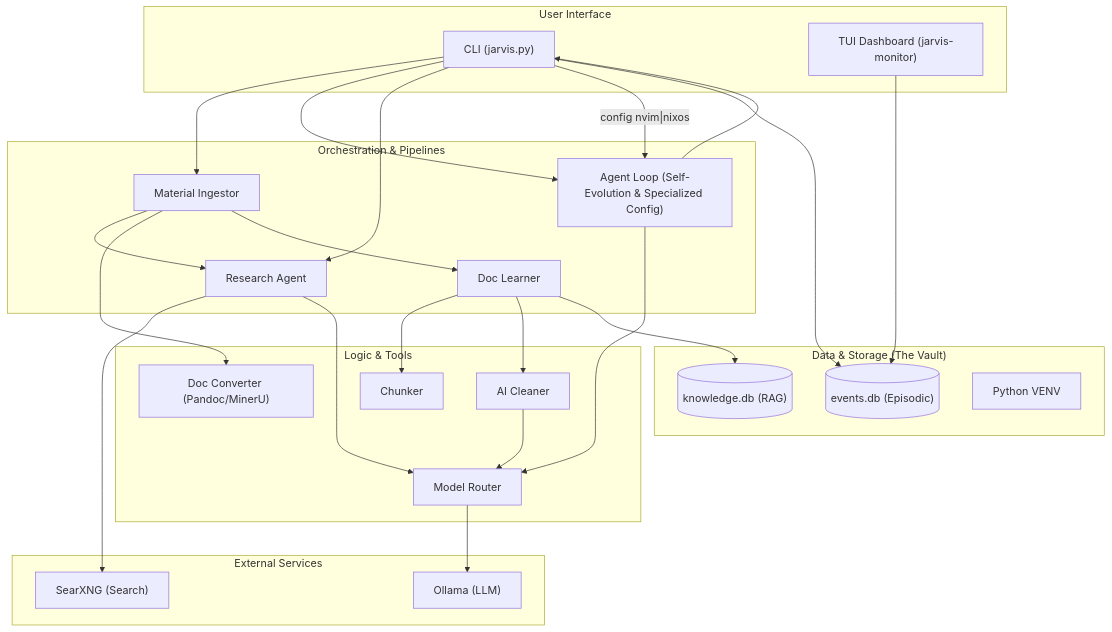
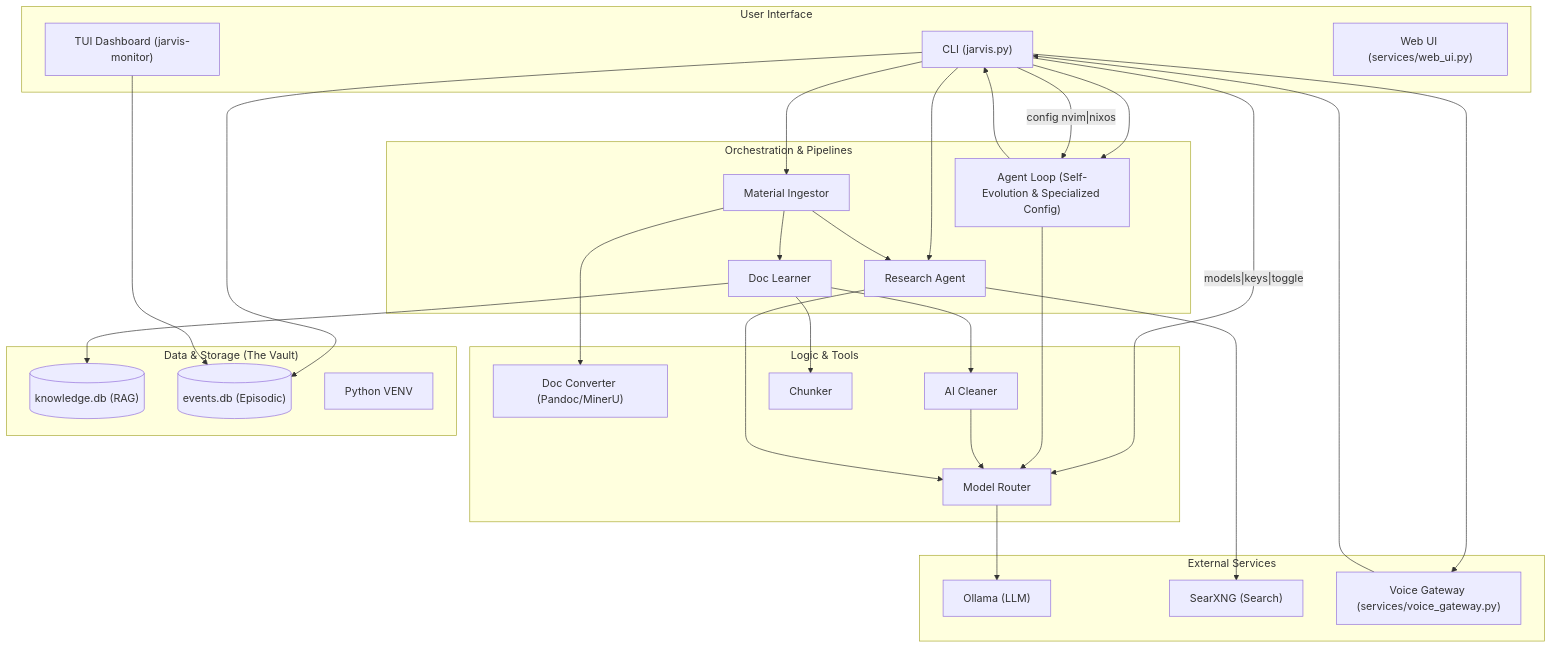
Before and after one commit to m-amir-gomaa/Jarvis: the diagram in docs/system_architecture.md, drawn with Mermaid. The commit also changed other lines of this file and 87 other files, not shown here.

````diff
--- a/docs/system_architecture.md
+++ b/docs/system_architecture.md
@@ -7,57 +7,62 @@
 ```mermaid
 graph TD
     subgraph "User Interface"
         CLI["CLI (jarvis.py)"]
         TUI["TUI Dashboard (jarvis-monitor)"]
+        WEB["Web UI (services/web_ui.py)"]
     end
 
     subgraph "Orchestration & Pipelines"
         MI["Material Ingestor"]
         RA["Research Agent"]
         DL["Doc Learner"]
         AL["Agent Loop (Self-Evolution & Specialized Config)"]
     end
 
     subgraph "Logic & Tools"
         CONV["Doc Converter (Pandoc/MinerU)"]
         CLEAN["AI Cleaner"]
         CHUNK["Chunker"]
         ROUTER["Model Router"]
     end
 
     subgraph "Data & Storage (The Vault)"
         KDB[("knowledge.db (RAG)")]
         EDB[("events.db (Episodic)")]
         VENV["Python VENV"]
     end
 
     subgraph "External Services"
         OLLAMA["Ollama (LLM)"]
         SEARXNG["SearXNG (Search)"]
+        VG["Voice Gateway (services/voice_gateway.py)"]
     end
 
     %% Interactions
     CLI --> MI
     CLI --> AL
     CLI --> RA
     CLI -- "config nvim|nixos" --> AL
+    CLI -- "models|keys|toggle" --> ROUTER
     
     MI --> RA
     MI --> CONV
     MI --> DL
     
     DL --> CHUNK
     DL --> CLEAN
     DL --> KDB
     
     AL --> CLI
     AL --> ROUTER
     
     CLEAN --> ROUTER
     ROUTER --> OLLAMA
     RA --> SEARXNG
     RA --> ROUTER
     
     CLI --> EDB
     TUI --> EDB
+    VG --> CLI
+    CLI --> VG
 ```
````
